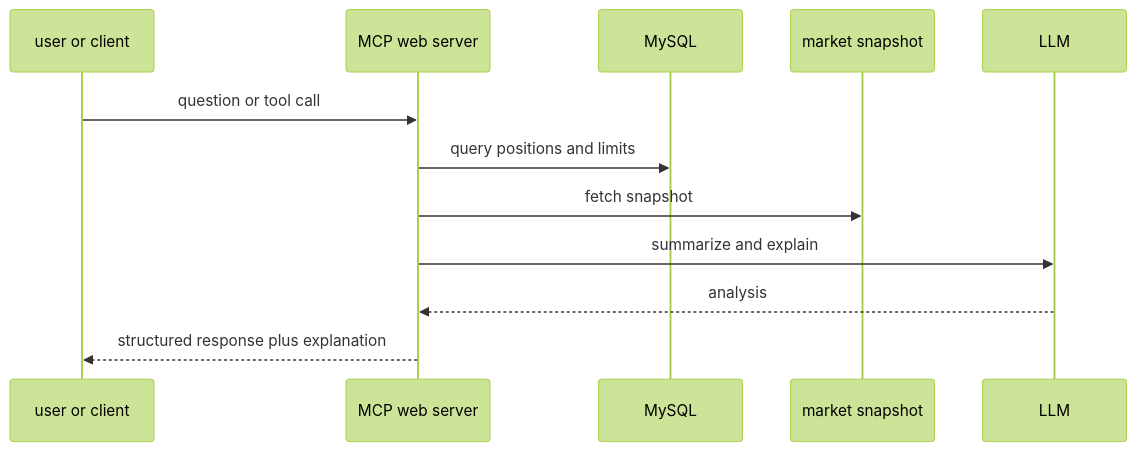
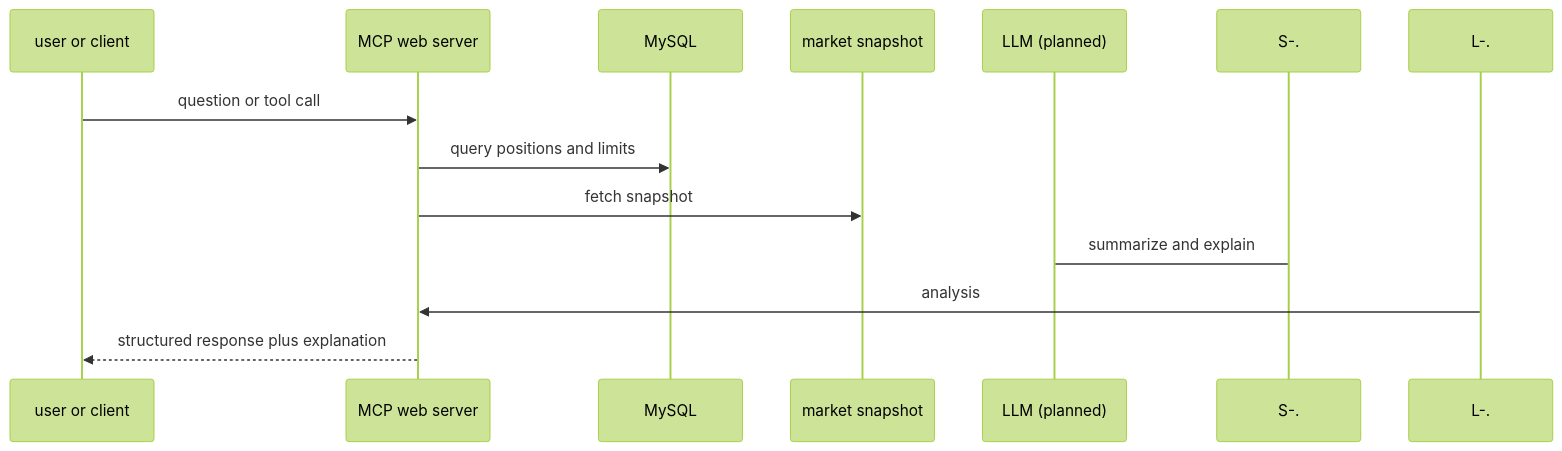
One commit to Zheng-Chuan/RiskMonitor-MultiAgent changed the second of 5 diagrams in docs/ARCHITECTURE.md. Above: the diagram before and after it, drawn with Mermaid (forest theme). The commit also changed other lines of this file and 6 other files, not shown here.

````diff
--- a/docs/ARCHITECTURE.md
+++ b/docs/ARCHITECTURE.md
@@ -117,15 +121,15 @@
 ```mermaid
 sequenceDiagram
   participant U as user or client
   participant S as MCP web server
   participant DB as MySQL
   participant MS as market snapshot
-  participant L as LLM
+  participant L as LLM (planned)
 
   U->>S: question or tool call
   S->>DB: query positions and limits
   S->>MS: fetch snapshot
-  S->>L: summarize and explain
-  L-->>S: analysis
+  S-.->L: summarize and explain
+  L-.->>S: analysis
   S-->>U: structured response plus explanation
 ```
````
